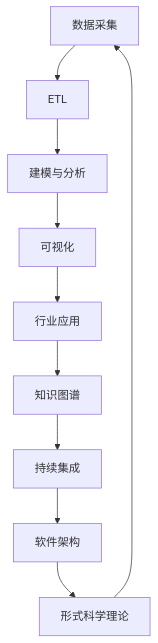
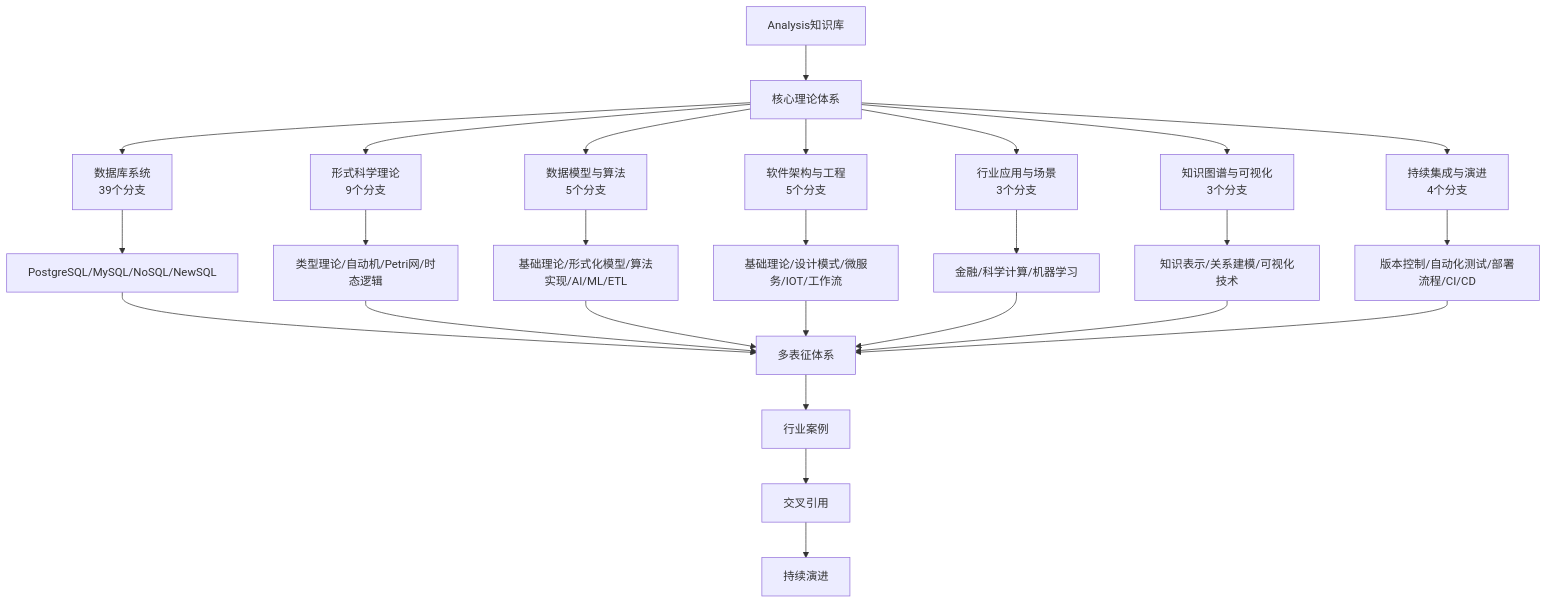
The diagram in Analysis/README.md (AdaMartin18010/Data-Science), drawn with Mermaid before and after one commit. The commit also changed other lines of this file and 20 other files, not shown here.

````diff
--- a/Analysis/README.md
+++ b/Analysis/README.md
@@ -23,12 +32,24 @@
 ```mermaid
 flowchart TD
-  D[数据采集] --> E[ETL]
-  E --> M[建模与分析]
-  M --> V[可视化]
-  V --> A[行业应用]
-  A --> K[知识图谱]
-  K --> C[持续集成]
-  C --> S[软件架构]
-  S --> F[形式科学理论]
-  F --> D
+  A[Analysis知识库] --> B[核心理论体系]
+  B --> C1[数据库系统<br/>39个分支]
+  B --> C2[形式科学理论<br/>9个分支]
+  B --> C3[数据模型与算法<br/>5个分支]
+  B --> C4[软件架构与工程<br/>5个分支]
+  B --> C5[行业应用与场景<br/>3个分支]
+  B --> C6[知识图谱与可视化<br/>3个分支]
+  B --> C7[持续集成与演进<br/>4个分支]
+  
+  C1 --> D[PostgreSQL/MySQL/NoSQL/NewSQL]
+  C2 --> E[类型理论/自动机/Petri网/时态逻辑]
+  C3 --> F[基础理论/形式化模型/算法实现/AI/ML/ETL]
+  C4 --> G[基础理论/设计模式/微服务/IOT/工作流]
+  C5 --> H[金融/科学计算/机器学习]
+  C6 --> I[知识表示/关系建模/可视化技术]
+  C7 --> J[版本控制/自动化测试/部署流程/CI/CD]
+  
+  D & E & F & G & H & I & J --> K[多表征体系]
+  K --> L[行业案例]
+  L --> M[交叉引用]
+  M --> N[持续演进]
 ```
````
